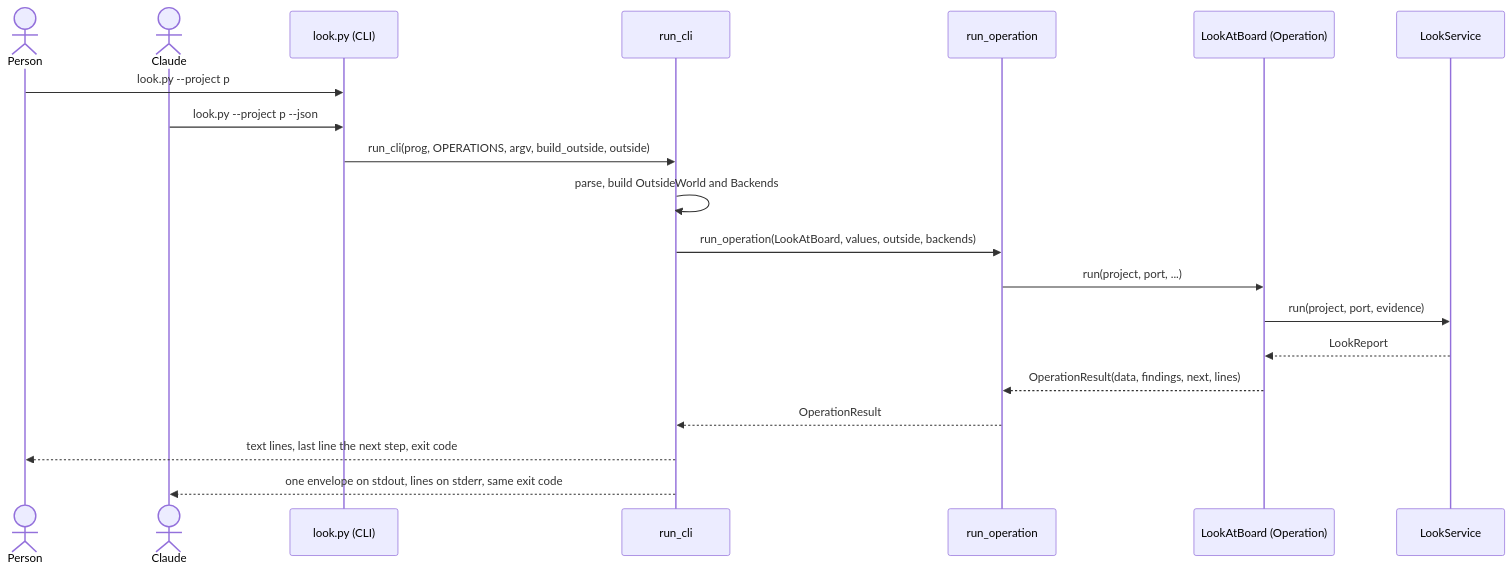
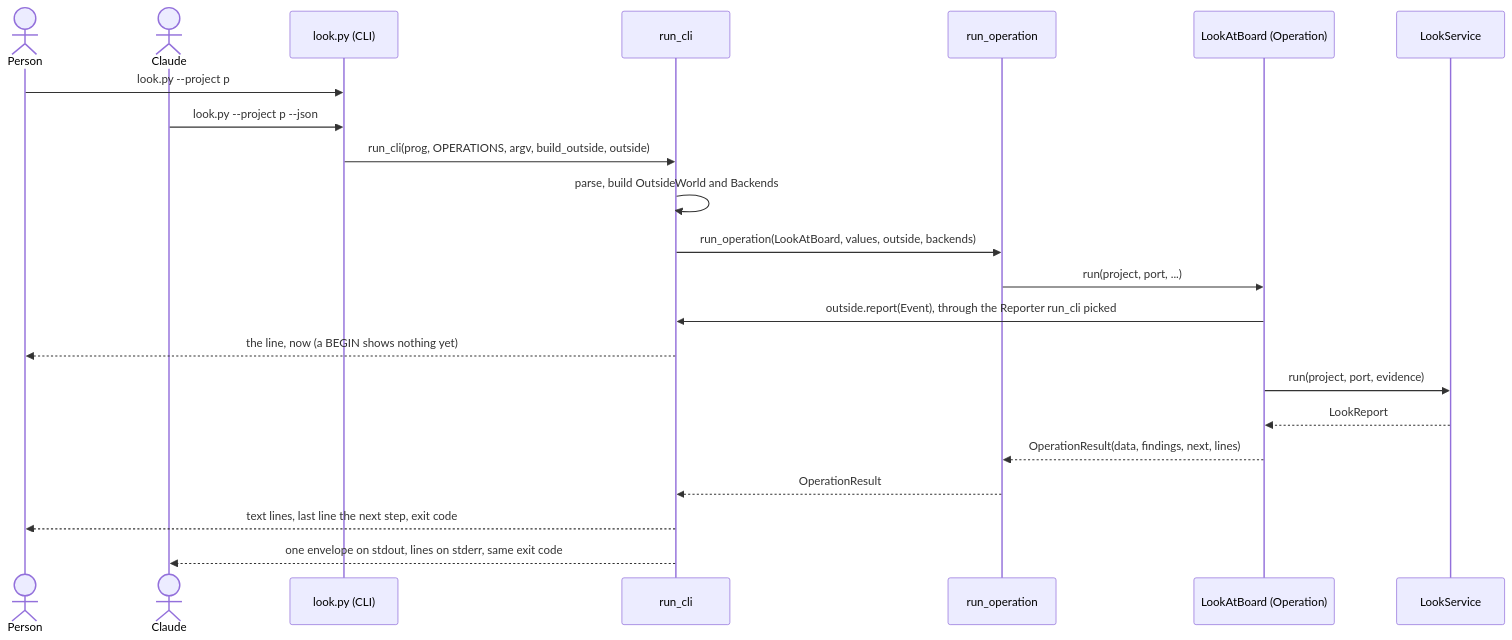
Before and after one commit to xmejkal/spark: the third of 3 diagrams in docs/discovery/2026-10-19-p323-target-architecture/architecture/README.md, drawn with Mermaid. The commit also changed other lines of this file and 18 other files, not shown here.

````diff
--- a/docs/discovery/2026-10-19-p323-target-architecture/architecture/README.md
+++ b/docs/discovery/2026-10-19-p323-target-architecture/architecture/README.md
@@ -147,22 +148,24 @@
 ```mermaid
 sequenceDiagram
   actor P as Person
   actor C as Claude
   participant CLI as look.py (CLI)
   participant RC as run_cli
   participant RO as run_operation
   participant O as LookAtBoard (Operation)
   participant S as LookService
   P->>CLI: look.py --project p
   C->>CLI: look.py --project p --json
   CLI->>RC: run_cli(prog, OPERATIONS, argv, build_outside, outside)
   RC->>RC: parse, build OutsideWorld and Backends
   RC->>RO: run_operation(LookAtBoard, values, outside, backends)
   RO->>O: run(project, port, ...)
+  O->>RC: outside.report(Event), through the Reporter run_cli picked
+  RC-->>P: the line, now (a BEGIN shows nothing yet)
   O->>S: run(project, port, evidence)
   S-->>O: LookReport
   O-->>RO: OperationResult(data, findings, next, lines)
   RO-->>RC: OperationResult
   RC-->>P: text lines, last line the next step, exit code
   RC-->>C: one envelope on stdout, lines on stderr, same exit code
 ```
````
